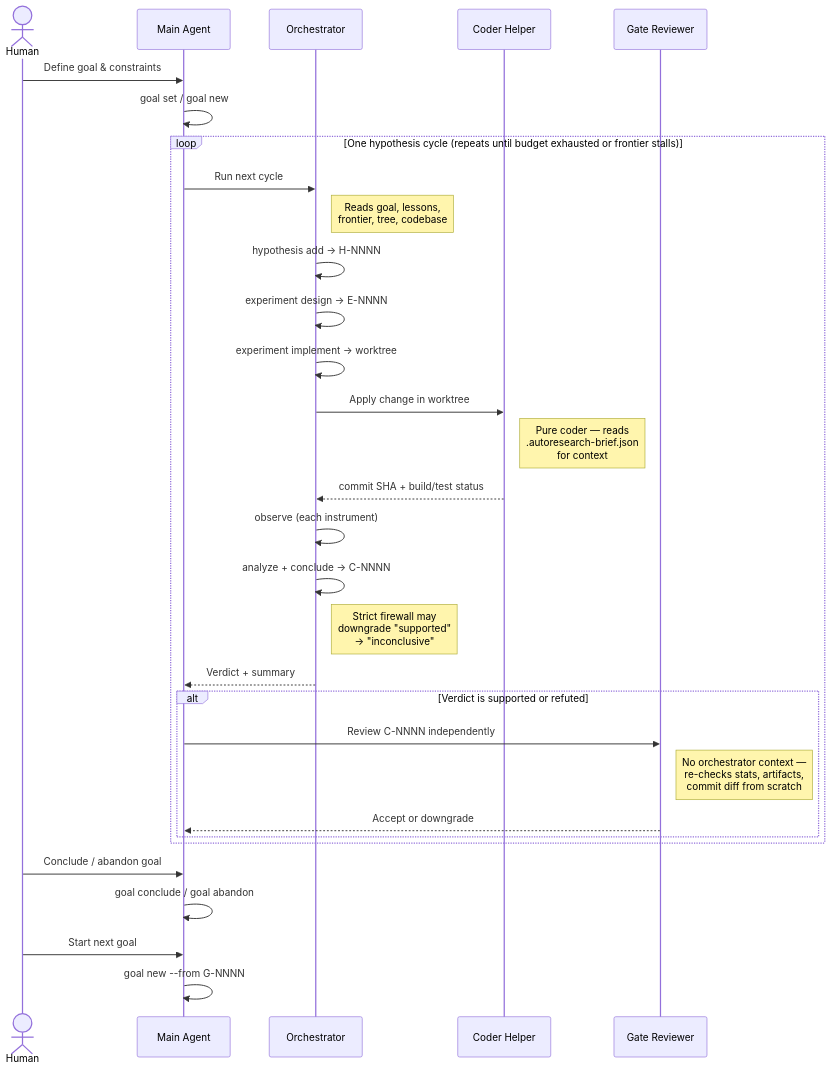
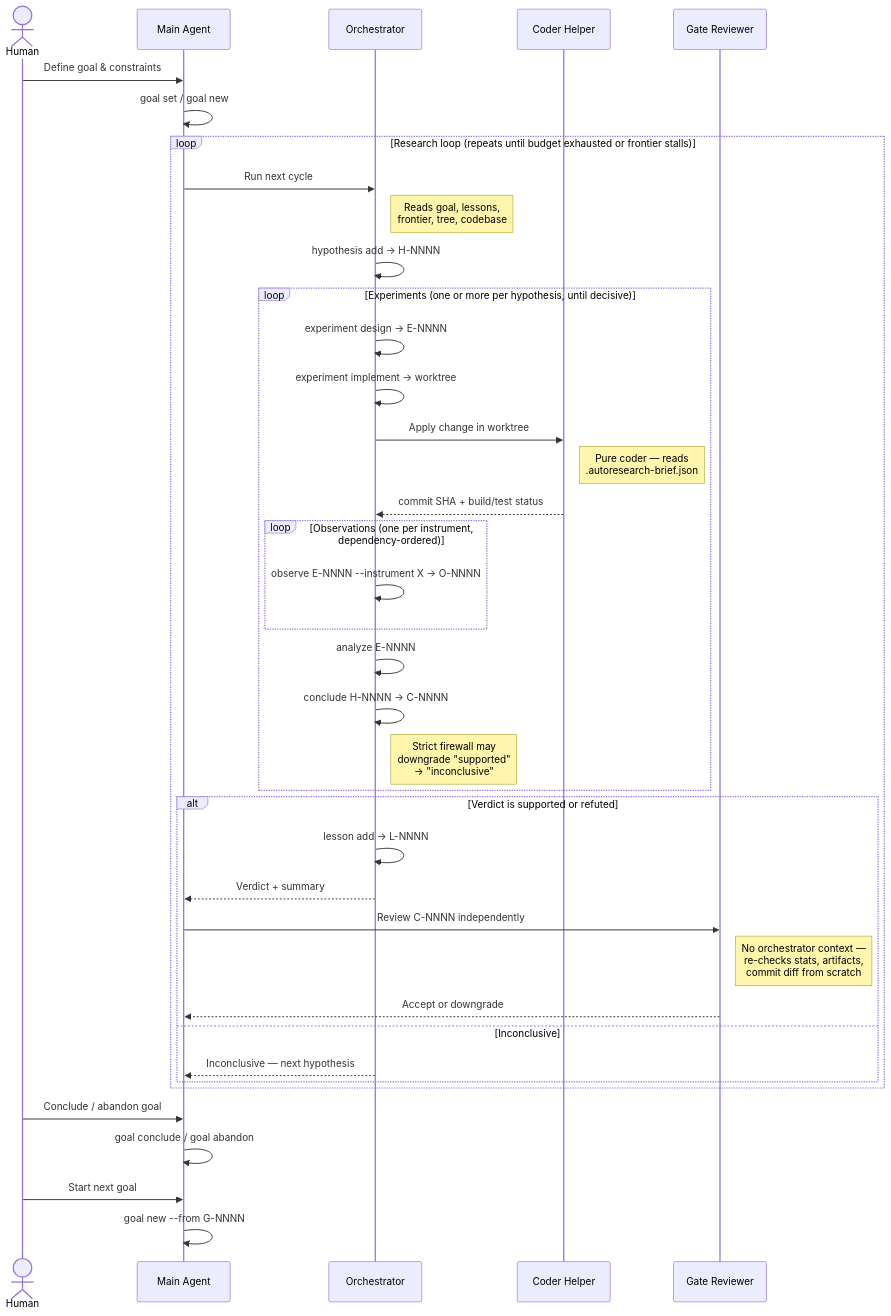
Before and after one commit to hugoferreira/autoresearch: the diagram in README.md, drawn with Mermaid. The commit also changed other lines of this file, not shown here.

Commit message:
Fix sequence diagram: show multiple experiments/observations per hypothesis
The diagram implied a 1:1:1 pipeline (one hypothesis → one experiment →
one observation → one conclusion). Now shows the actual structure:
experiments loop until the hypothesis is decisive, observations loop
per instrument within each experiment, and the gate reviewer fires
only on supported/refuted verdicts.

````diff
--- a/README.md
+++ b/README.md
@@ -27,42 +27,51 @@
 ```mermaid
 sequenceDiagram
     actor H as Human
     participant M as Main Agent
     participant O as Orchestrator
     participant C as Coder Helper
     participant GR as Gate Reviewer
 
     H ->> M: Define goal & constraints
     M ->> M: goal set / goal new
 
-    loop One hypothesis cycle (repeats until budget exhausted or frontier stalls)
+    loop Research loop (repeats until budget exhausted or frontier stalls)
         M ->> O: Run next cycle
 
         note right of O: Reads goal, lessons,<br/>frontier, tree, codebase
 
         O ->> O: hypothesis add → H-NNNN
-        O ->> O: experiment design → E-NNNN
-        O ->> O: experiment implement → worktree
 
-        O ->> C: Apply change in worktree
-        note right of C: Pure coder — reads<br/>.autoresearch-brief.json<br/>for context
-        C -->> O: commit SHA + build/test status
+        loop Experiments (one or more per hypothesis, until decisive)
+            O ->> O: experiment design → E-NNNN
+            O ->> O: experiment implement → worktree
 
-        O ->> O: observe (each instrument)
-        O ->> O: analyze + conclude → C-NNNN
-        note right of O: Strict firewall may<br/>downgrade "supported"<br/>→ "inconclusive"
+            O ->> C: Apply change in worktree
+            note right of C: Pure coder — reads<br/>.autoresearch-brief.json
+            C -->> O: commit SHA + build/test status
 
-        O -->> M: Verdict + summary
+            loop Observations (one per instrument, dependency-ordered)
+                O ->> O: observe E-NNNN --instrument X → O-NNNN
+            end
+
+            O ->> O: analyze E-NNNN
+            O ->> O: conclude H-NNNN → C-NNNN
+            note right of O: Strict firewall may<br/>downgrade "supported"<br/>→ "inconclusive"
+        end
 
         alt Verdict is supported or refuted
+            O ->> O: lesson add → L-NNNN
+            O -->> M: Verdict + summary
             M ->> GR: Review C-NNNN independently
             note right of GR: No orchestrator context —<br/>re-checks stats, artifacts,<br/>commit diff from scratch
             GR -->> M: Accept or downgrade
+        else Inconclusive
+            O -->> M: Inconclusive — next hypothesis
         end
     end
 
     H ->> M: Conclude / abandon goal
     M ->> M: goal conclude / goal abandon
     H ->> M: Start next goal
     M ->> M: goal new --from G-NNNN
 ```
````
